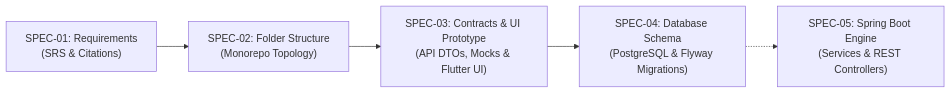
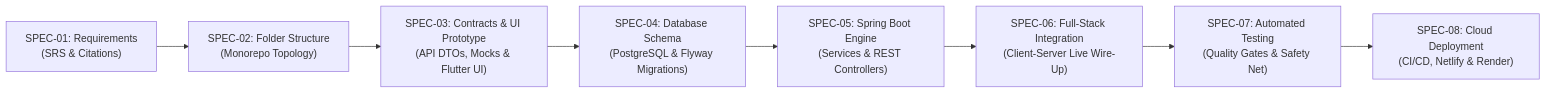
Before and after one commit to AkmKawser/SquareHealth-VMS: the diagram in specifications/README.md, drawn with Mermaid. The commit also changed other lines of this file and 8 other files, not shown here.

Commit message:
docs(roadmap): complete steps 5 through 8 in any project skill docx and add formal specifications 5 to 8

````diff
--- a/specifications/README.md
+++ b/specifications/README.md
@@ -20,7 +24,10 @@
 ```mermaid
 flowchart LR
     S1["SPEC-01: Requirements\n(SRS & Citations)"] --> S2["SPEC-02: Folder Structure\n(Monorepo Topology)"]
     S2 --> S3["SPEC-03: Contracts & UI Prototype\n(API DTOs, Mocks & Flutter UI)"]
     S3 --> S4["SPEC-04: Database Schema\n(PostgreSQL & Flyway Migrations)"]
-    S4 -.-> S5["SPEC-05: Spring Boot Engine\n(Services & REST Controllers)"]
+    S4 --> S5["SPEC-05: Spring Boot Engine\n(Services & REST Controllers)"]
+    S5 --> S6["SPEC-06: Full-Stack Integration\n(Client-Server Live Wire-Up)"]
+    S6 --> S7["SPEC-07: Automated Testing\n(Quality Gates & Safety Net)"]
+    S7 --> S8["SPEC-08: Cloud Deployment\n(CI/CD, Netlify & Render)"]
 ```
````
